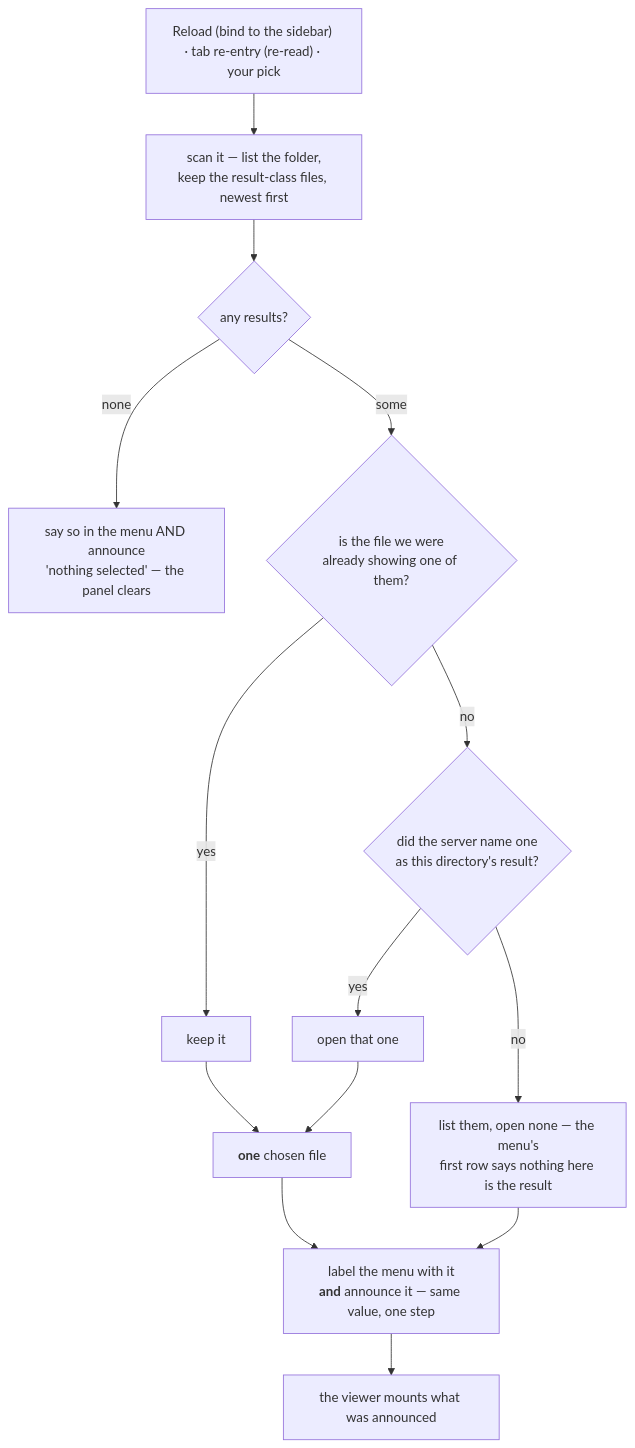
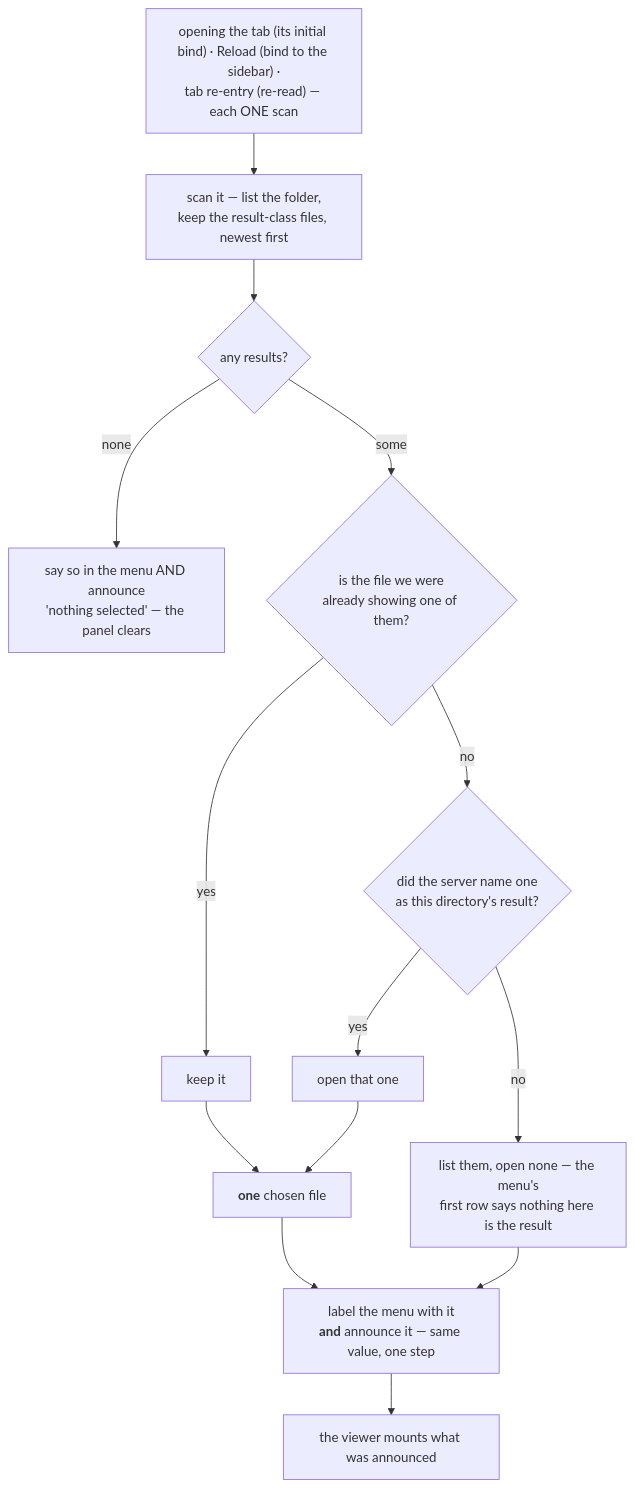
One commit to Qing-LAB/molbuilder changed the third of 4 diagrams in docs/web/results.md. Above: the diagram before and after it, drawn with Mermaid. The commit also changed other lines of this file and 2 other files, not shown here.

````diff
--- a/docs/web/results.md
+++ b/docs/web/results.md
@@ -208,16 +209,16 @@
 ```mermaid
 flowchart TD
-  T["Reload (bind to the sidebar) · tab re-entry (re-read) · your pick"] --> S["scan it — list the folder,<br/>keep the result-class files, newest first"]
+  T["opening the tab (its initial bind) · Reload (bind to the sidebar) ·<br/>tab re-entry (re-read) — each ONE scan"] --> S["scan it — list the folder,<br/>keep the result-class files, newest first"]
   S --> E{"any results?"}
   E -->|"none"| N["say so in the menu AND announce<br/>'nothing selected' — the panel clears"]
   E -->|"some"| K{"is the file we were<br/>already showing one of them?"}
   K -->|"yes"| KEEP["keep it"]
   K -->|"no"| D{"did the server name one<br/>as this directory's result?"}
   D -->|"yes"| NEW["open that one"]
   D -->|"no"| NONE["list them, open none — the menu's<br/>first row says nothing here is the result"]
   NONE --> A
   KEEP --> ONE["<b>one</b> chosen file"]
   NEW --> ONE
   ONE --> A["label the menu with it<br/><b>and</b> announce it — same value, one step"]
   A --> M["the viewer mounts what was announced"]
 ```
````
